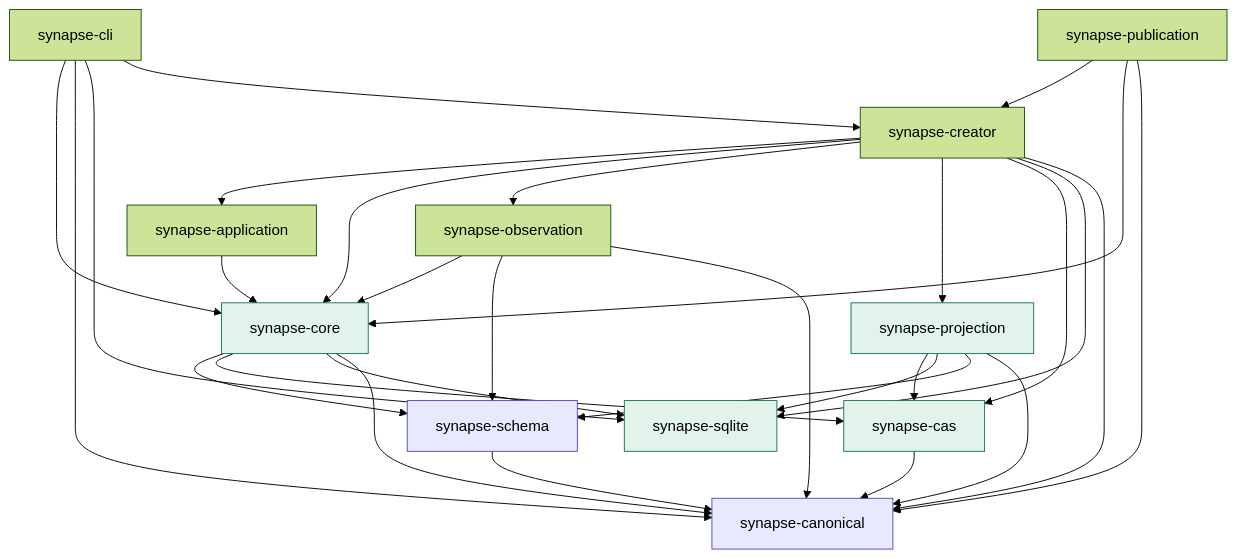
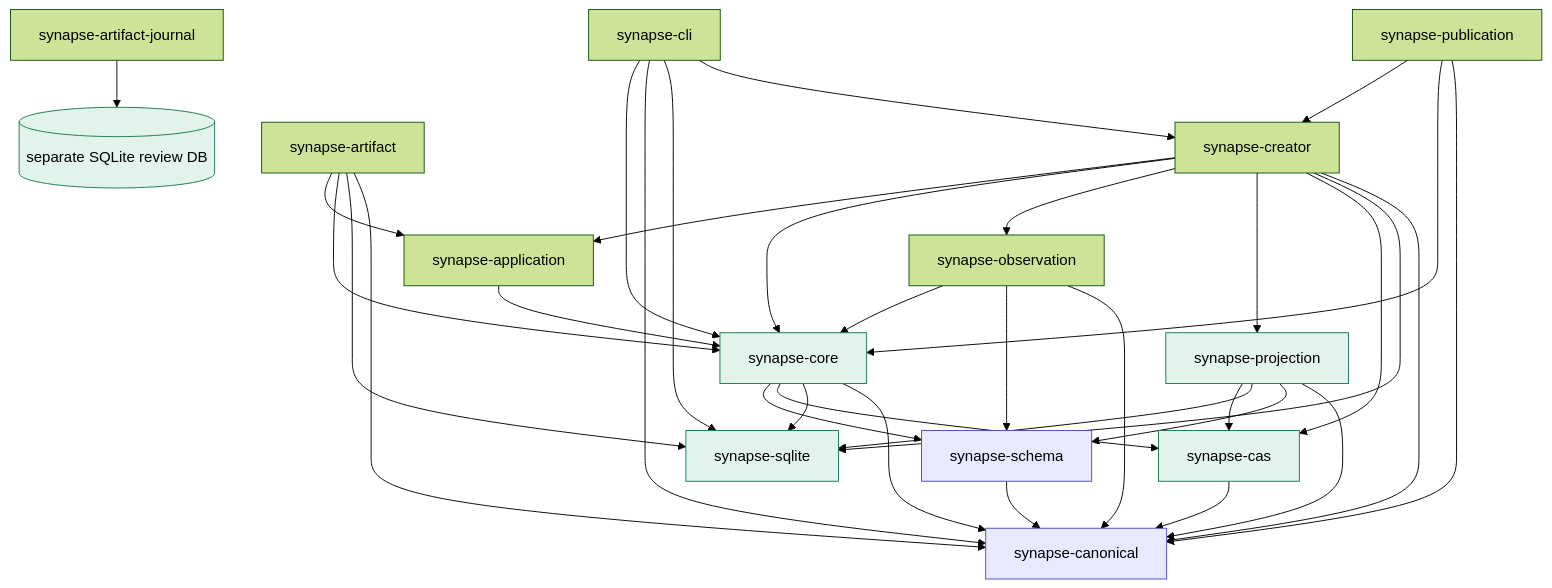
One commit to howlrs/synapsegit changed the diagram in CONTRIBUTING.md. Above: the diagram before and after it, drawn with Mermaid (forest theme). The commit also changed other lines of this file and 67 other files, not shown here.

First line of the commit message:
feat(application): complete generic artifact workflow (#25)

````diff
--- a/CONTRIBUTING.md
+++ b/CONTRIBUTING.md
@@ -50,36 +50,41 @@
 ```mermaid
 flowchart TB
     CLI[synapse-cli] --> Core[synapse-core]
     CLI --> Canon[synapse-canonical]
     CLI --> SQLite[synapse-sqlite]
     CLI --> Creator[synapse-creator]
     Creator --> Application
     Creator --> Core
     Creator --> Observation
     Creator --> Projection
     Creator --> CAS
     Creator --> SQLite
     Creator --> Canon
     Publication[synapse-publication] --> Creator
     Publication --> Core
     Publication --> Canon
+    Artifact[synapse-artifact] --> Application
+    Artifact --> Core
+    Artifact --> SQLite
+    Artifact --> Canon
+    ArtifactJournal[synapse-artifact-journal] --> JournalDb[(separate SQLite review DB)]
     Application[synapse-application] --> Core
     Observation[synapse-observation] --> Core
     Observation --> Schema
     Observation --> Canon
     Core --> Schema[synapse-schema]
     Core --> CAS[synapse-cas]
     Core --> SQLite
     Core --> Canon
     Projection[synapse-projection] --> CAS
     Projection --> SQLite
     Projection --> Schema
     Projection --> Canon
     Schema --> Canon
     CAS --> Canon
 
     classDef identity fill:#e8e8ff,stroke:#4c4cc7;
     classDef storage fill:#e2f3eb,stroke:#18794e;
     class Canon,Schema identity;
-    class CAS,SQLite,Core,Projection storage;
+    class CAS,SQLite,Core,Projection,JournalDb storage;
 ```
````
